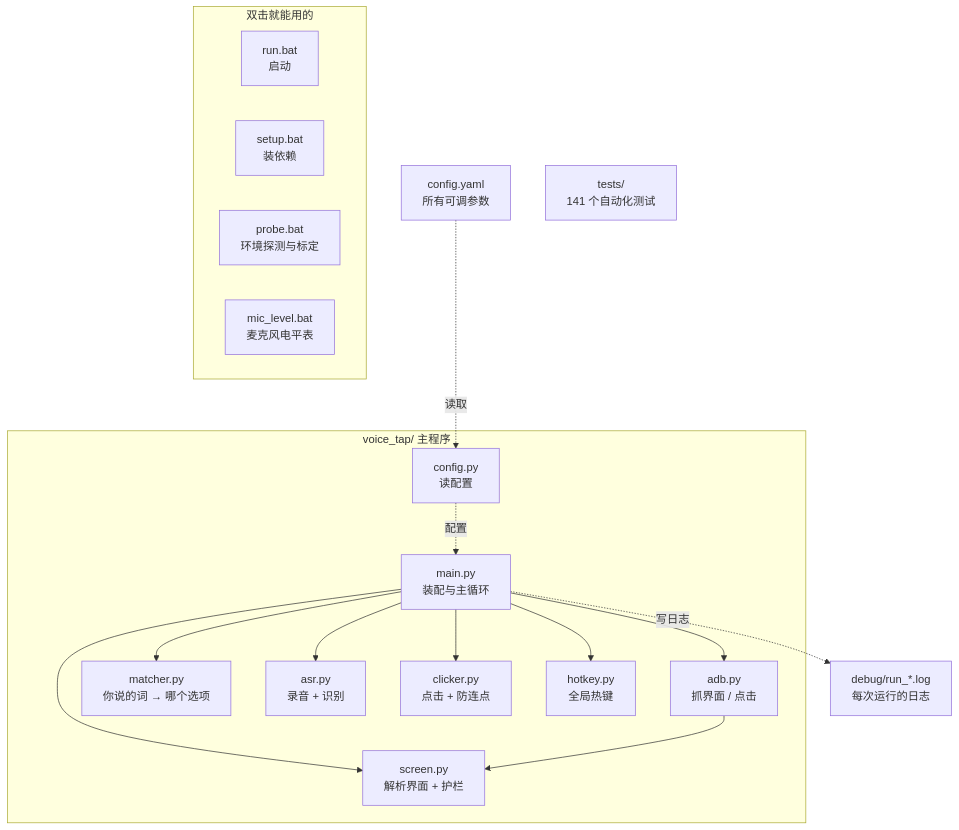
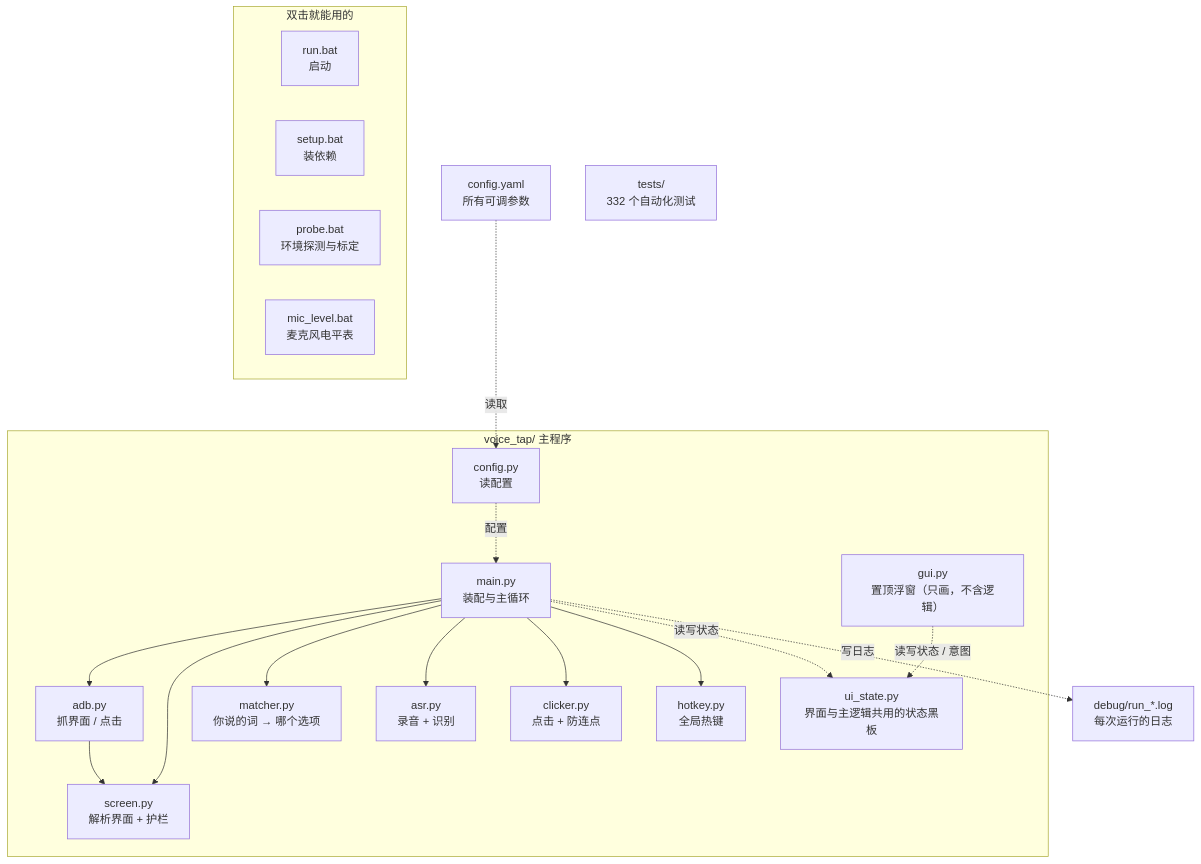
One commit to GouHingFai/mobilephone_control changed the eighth of 8 diagrams in docs/原理与实现.md. Above: the diagram before and after it, drawn with Mermaid. The commit also changed other lines of this file and 6 other files, not shown here.

````diff
--- a/docs/原理与实现.md
+++ b/docs/原理与实现.md
@@ -458,36 +467,40 @@
 ```mermaid
 flowchart TB
     subgraph ENTRY["双击就能用的"]
         RUN["run.bat<br/>启动"]
         SETUP["setup.bat<br/>装依赖"]
         PROBE["probe.bat<br/>环境探测与标定"]
         MIC["mic_level.bat<br/>麦克风电平表"]
     end
 
     subgraph CORE["voice_tap/ 主程序"]
         MAIN["main.py<br/>装配与主循环"]
         ADB["adb.py<br/>抓界面 / 点击"]
         SCREEN["screen.py<br/>解析界面 + 护栏"]
         MATCH["matcher.py<br/>你说的词 → 哪个选项"]
         ASR["asr.py<br/>录音 + 识别"]
         CLICK["clicker.py<br/>点击 + 防连点"]
         HOTKEY["hotkey.py<br/>全局热键"]
         CFG["config.py<br/>读配置"]
+        UIST["ui_state.py<br/>界面与主逻辑共用的状态黑板"]
+        GUI["gui.py<br/>置顶浮窗（只画，不含逻辑）"]
     end
 
     CFG -.->|配置| MAIN
     MAIN --> ADB
     MAIN --> SCREEN
     MAIN --> MATCH
     MAIN --> ASR
     MAIN --> CLICK
     MAIN --> HOTKEY
     ADB --> SCREEN
+    GUI -.->|读写状态 / 意图| UIST
+    MAIN -.->|读写状态| UIST
 
     CONFIG["config.yaml<br/>所有可调参数"]
     LOG["debug/run_*.log<br/>每次运行的日志"]
-    TEST["tests/<br/>141 个自动化测试"]
+    TEST["tests/<br/>332 个自动化测试"]
 
     CONFIG -.->|读取| CFG
     MAIN -.->|写日志| LOG
 ```
````
